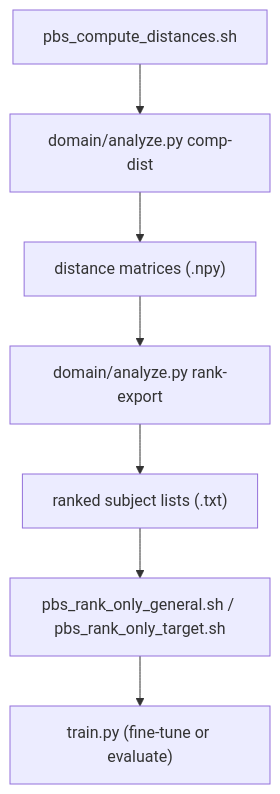
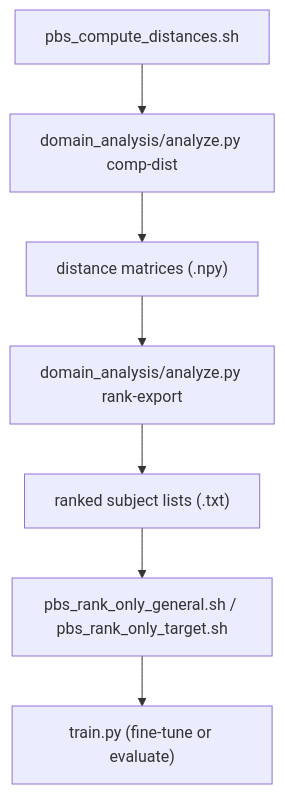
One commit to YutaroNakagama/vehicle_based_DDD_comparison changed the diagram in docs/source/guide/domain_generalization_pipline.md. Above: the diagram before and after it, drawn with Mermaid. The commit also changed other lines of this file and 4 other files, not shown here.

First line of the commit message:
refactor: move analyze.py to scripts/python/domain_analysis/ directory

`````diff
--- a/docs/source/guide/domain_generalization_pipline.md
+++ b/docs/source/guide/domain_generalization_pipline.md
@@ -27,9 +27,9 @@
 ```mermaid
 graph TD
-  A["pbs_compute_distances.sh"] --> B["domain/analyze.py comp-dist"]
+  A["pbs_compute_distances.sh"] --> B["domain_analysis/analyze.py comp-dist"]
   B --> C["distance matrices (.npy)"]
-  C --> D["domain/analyze.py rank-export"]
+  C --> D["domain_analysis/analyze.py rank-export"]
   D --> E["ranked subject lists (.txt)"]
   E --> F["pbs_rank_only_general.sh / pbs_rank_only_target.sh"]
   F --> G["train.py (fine-tune or evaluate)"]
 ````
`````
